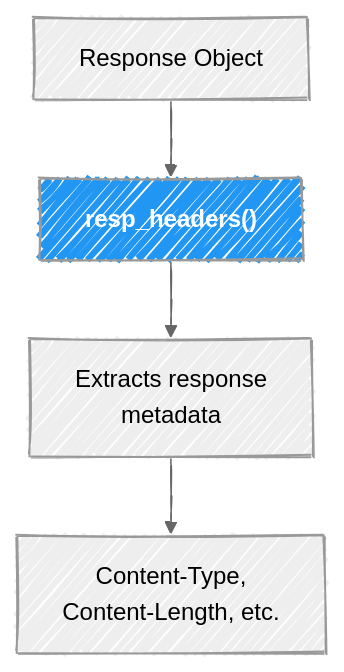
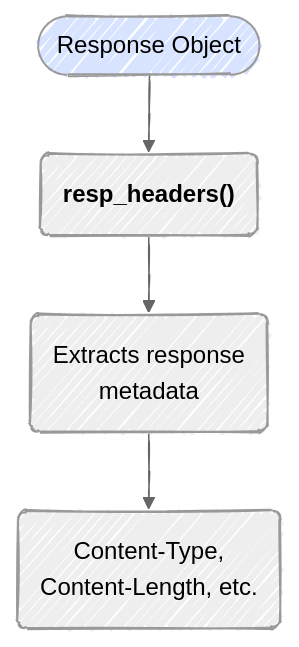
One commit to mjfrigaard/do4ds-labs changed the tenth of 10 diagrams in r-app-api.qmd. Above: the diagram before and after it, drawn with Mermaid. The commit also changed other lines of this file and 18 other files, not shown here.

````diff
--- a/r-app-api.qmd
+++ b/r-app-api.qmd
@@ -752,13 +733,13 @@
 ```{mermaid}
 %%| fig-width: 6.5
 %%| fig-align: center
 %%{init: {'theme': 'neutral', 'look': 'handDrawn', 'themeVariables': { 'fontFamily': 'monospace'}}}%%
 
 graph TD
-	A[Response Object] --> B["<strong>resp_headers()</strong>"]
-	B --> C["Extracts response<br>metadata"]
-	C --> D["Content-Type,<br>Content-Length, etc."]
+  A(["Response Object"]) --> B("<strong>resp_headers()</strong>")
+  B --> C("Extracts response<br>metadata")
+  C --> D("Content-Type,<br>Content-Length, etc.")
 
-style B fill:#2196f3,color:#fff
+  style A fill:#d8e4ff
 
 ```
````
